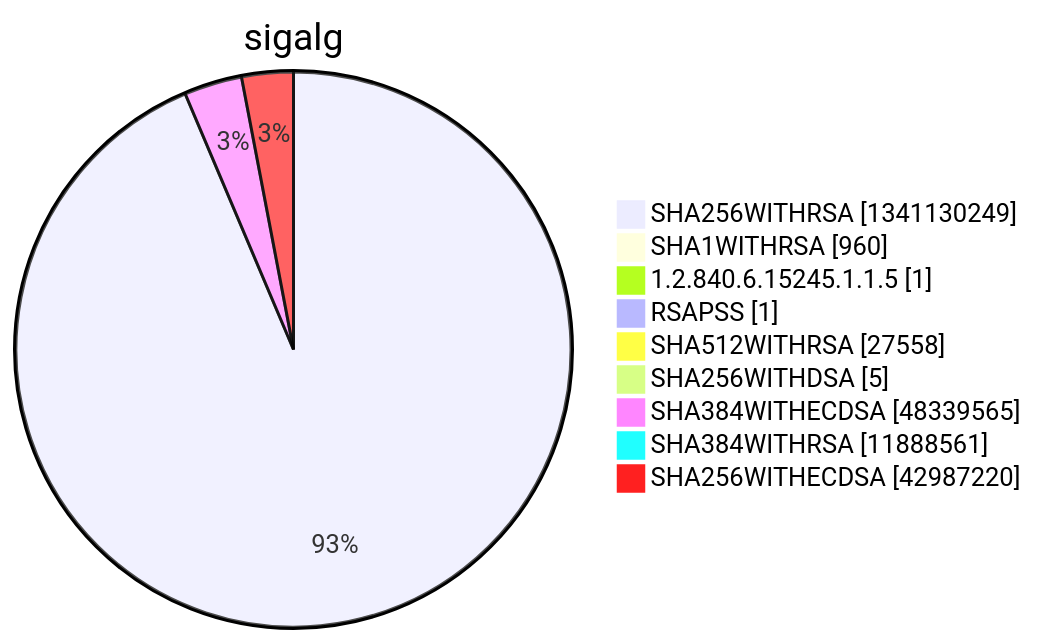
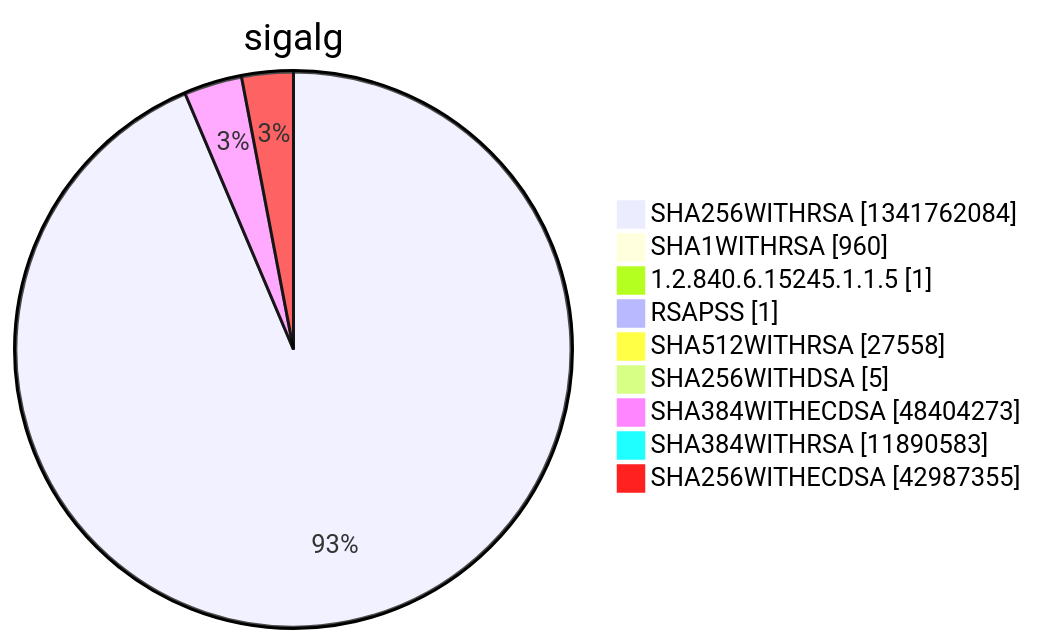
Before and after one commit to christiankrug/ctmonitor_visualization: diagram 15 of 15 in argon2022/README.md, drawn with Mermaid. The commit also changed other lines of this file, not shown here.

````diff
--- a/argon2022/README.md
+++ b/argon2022/README.md
@@ -5524,13 +5524,13 @@
 ```mermaid
 pie showData
 title sigalg
-"SHA256WITHRSA" :1341130249
+"SHA256WITHRSA" :1341762084
 "SHA1WITHRSA" :960
 "1.2.840.6.15245.1.1.5" :1
 "RSAPSS" :1
 "SHA512WITHRSA" :27558
 "SHA256WITHDSA" :5
-"SHA384WITHECDSA" :48339565
-"SHA384WITHRSA" :11888561
-"SHA256WITHECDSA" :42987220
+"SHA384WITHECDSA" :48404273
+"SHA384WITHRSA" :11890583
+"SHA256WITHECDSA" :42987355
 ```
````
